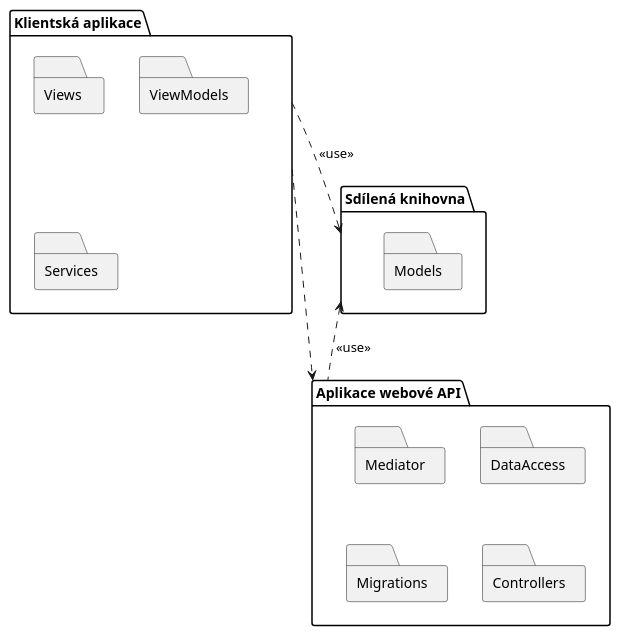
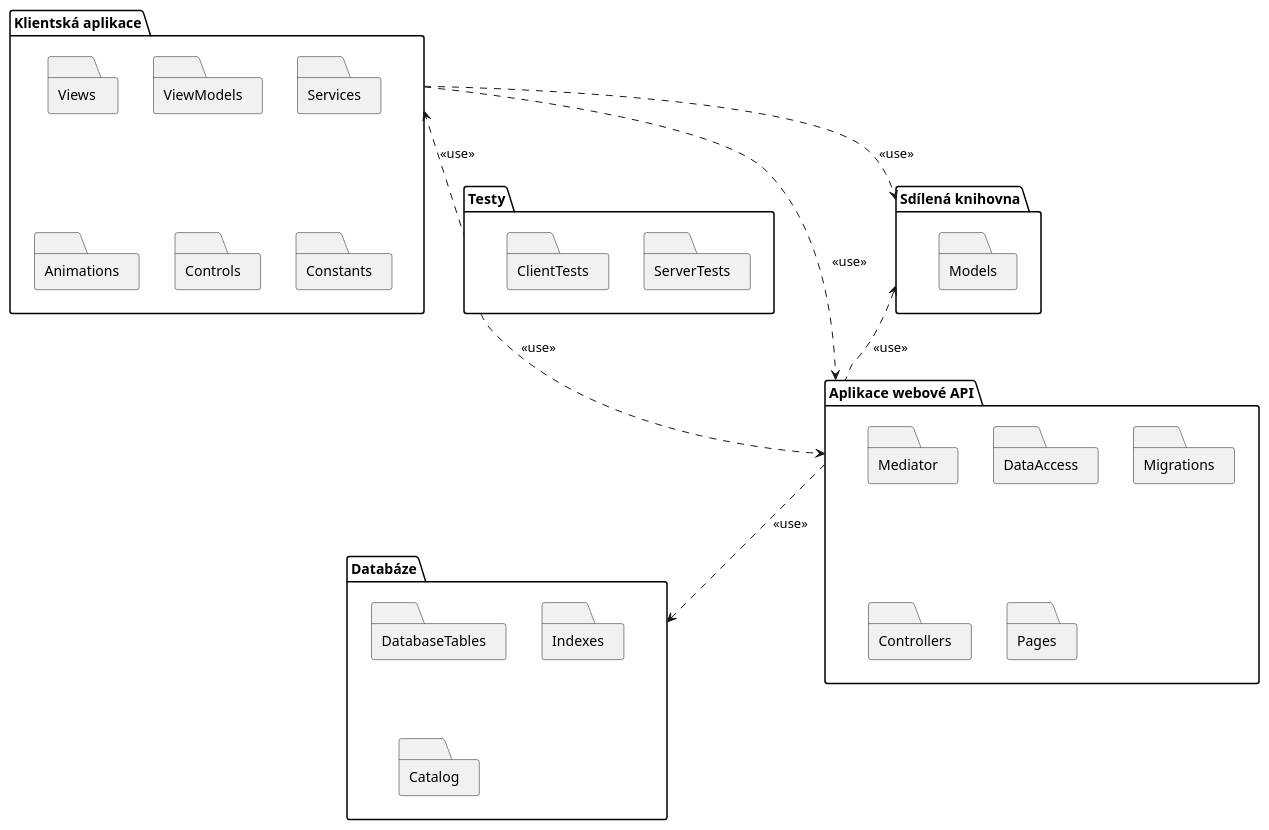
Before and after one commit to MichalMoudry/4IT575-seminarni-prace: the diagram in docs/architektura_2/assets/diagram_codes/modules_diagram.puml, drawn with PlantUML.

Commit message:
Updating modules diagram for Arch #2

```diff
--- a/docs/architektura_2/assets/diagram_codes/modules_diagram.puml
+++ b/docs/architektura_2/assets/diagram_codes/modules_diagram.puml
@@ -1,37 +1,69 @@
 @startuml
 
 package "Klientská aplikace" as clientApp {
 
     folder "Views"
 
     folder "ViewModels"
 
     folder "Services"
+
+    folder "Animations"
+
+    folder "Controls"
+
+    folder "Constants"
 
 }
 
 package "Aplikace webové API" as webApp {
 
     folder "Mediator"
 
     folder "DataAccess"
 
     folder "Migrations"
 
     folder "Controllers"
 
+    folder "Pages"
+
 }
 
 package "Sdílená knihovna" as sharedLibrary {
 
     folder "Models"
 
 }
 
+package "Testy" as tests {
+
+    folder "ServerTests"
+
+    folder "ClientTests"
+
+}
+
+package "Databáze" as db {
+
+    folder "DatabaseTables"
+
+    folder "Indexes"
+
+    folder "Catalog"
+
+}
+
 webApp .up.> sharedLibrary : "<<use>>"
 
 clientApp ..> sharedLibrary : "<<use>>"
 
-clientApp ..> webApp
+clientApp ..> webApp : "<<use>>"
+
+tests .left.> clientApp : "<<use>>"
+
+tests .down.> webApp : "<<use>>"
+
+webApp ..> db : "<<use>>"
 
 @enduml
```
